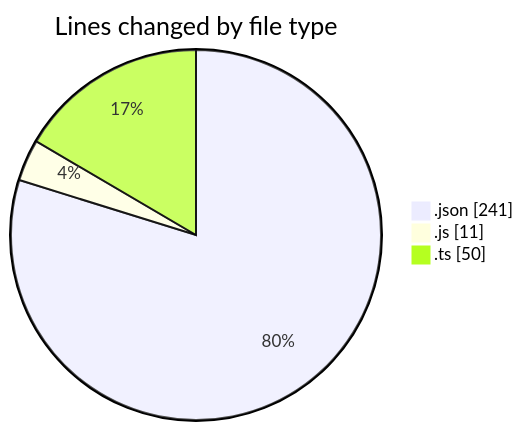
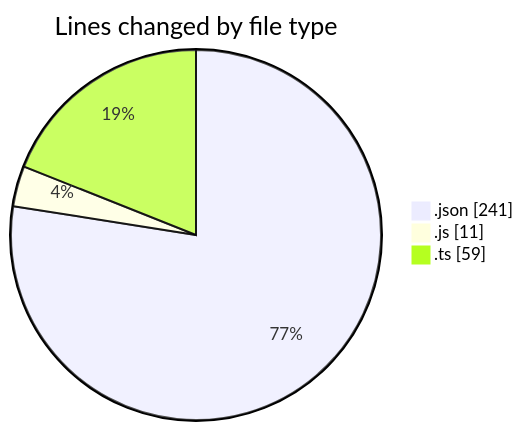
The first of 2 diagrams in 2025-05-12/news-clock-system-caspercg/README.md (momahboobian/code-tracking), drawn with Mermaid before and after one commit. The commit also changed other lines of this file and 1 other file, not shown here.

````diff
--- a/2025-05-12/news-clock-system-caspercg/README.md
+++ b/2025-05-12/news-clock-system-caspercg/README.md
@@ -23,7 +23,7 @@
 ```mermaid
 pie showData
 title Lines changed by file type
 ".json" : 241
 ".js" : 11
-".ts" : 50
+".ts" : 59
 ```
````
